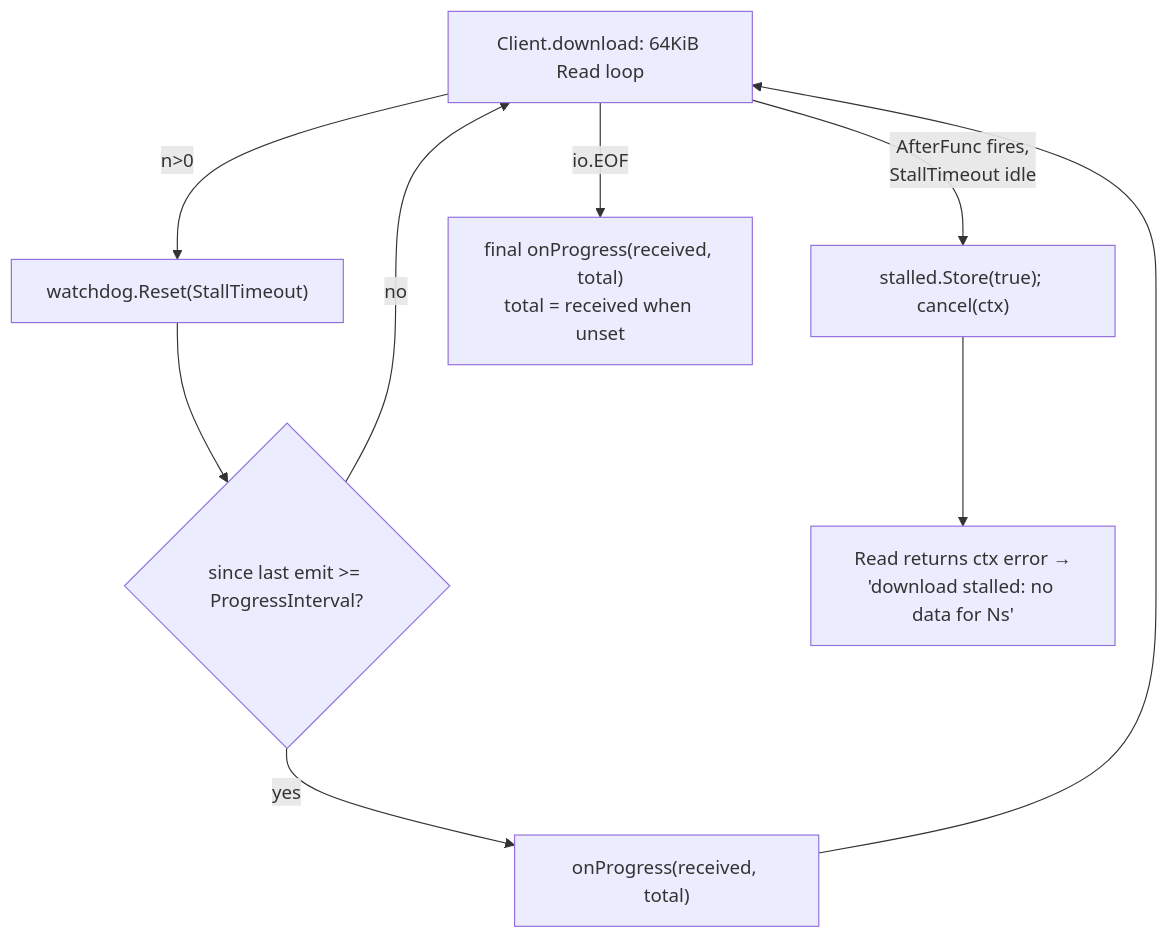
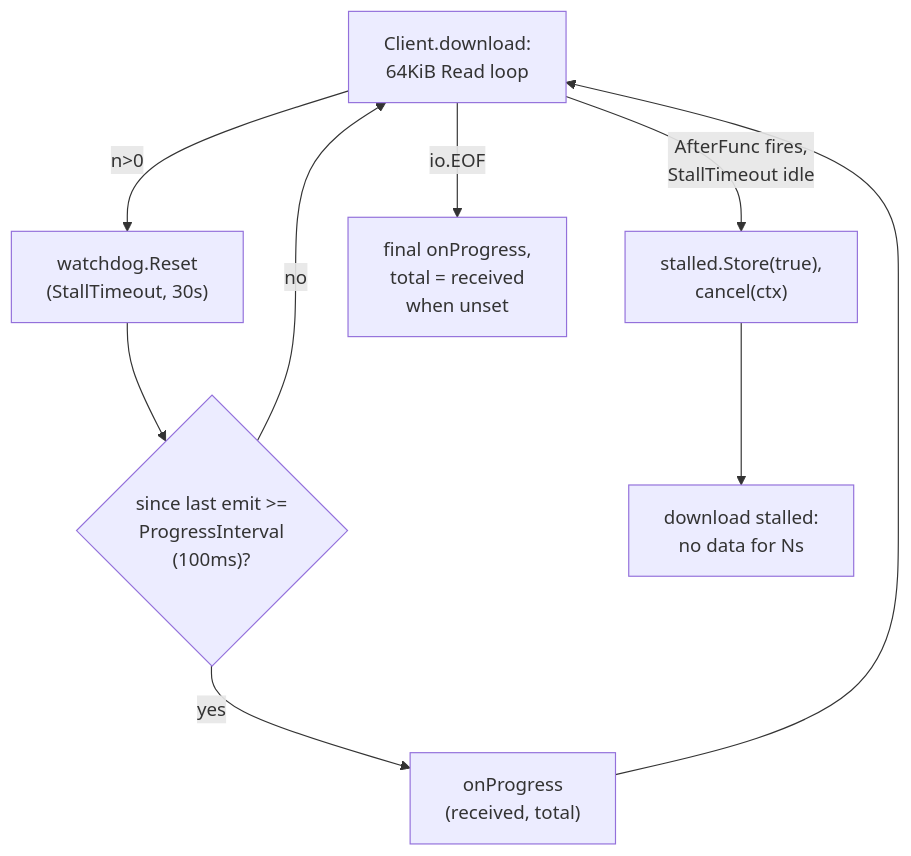
One commit to damusix/atomic-claude changed diagram 11 of 14 in docs/wiki/config.md. Above: the diagram before and after it, drawn with Mermaid. The commit also changed other lines of this file and 19 other files, not shown here.

````diff
--- a/docs/wiki/config.md
+++ b/docs/wiki/config.md
@@ -213,11 +299,12 @@
 ```mermaid
 flowchart TD
-    D["Client.download: 64KiB Read loop"] -->|"n>0"| RST["watchdog.Reset(StallTimeout)"]
-    RST --> ACC{"since last emit >= ProgressInterval?"}
-    ACC -->|yes| EM["onProgress(received, total)"]
+    %% source: atomic/internal/selfupdate/selfupdate.go (download)
+    D["Client.download:<br/>64KiB Read loop"] -->|"n>0"| RST["watchdog.Reset<br/>(StallTimeout, 30s)"]
+    RST --> ACC{"since last emit >=<br/>ProgressInterval<br/>(100ms)?"}
+    ACC -->|yes| EM["onProgress<br/>(received, total)"]
     ACC -->|no| D
     EM --> D
-    D -->|"AfterFunc fires,<br/>StallTimeout idle"| ST["stalled.Store(true); cancel(ctx)"]
-    ST --> ERR["Read returns ctx error →<br/>'download stalled: no data for Ns'"]
-    D -->|"io.EOF"| FIN["final onProgress(received, total)<br/>total = received when unset"]
+    D -->|"AfterFunc fires,<br/>StallTimeout idle"| ST["stalled.Store(true),<br/>cancel(ctx)"]
+    ST --> ERR["download stalled:<br/>no data for Ns"]
+    D -->|"io.EOF"| FIN["final onProgress,<br/>total = received<br/>when unset"]
 ```
````
